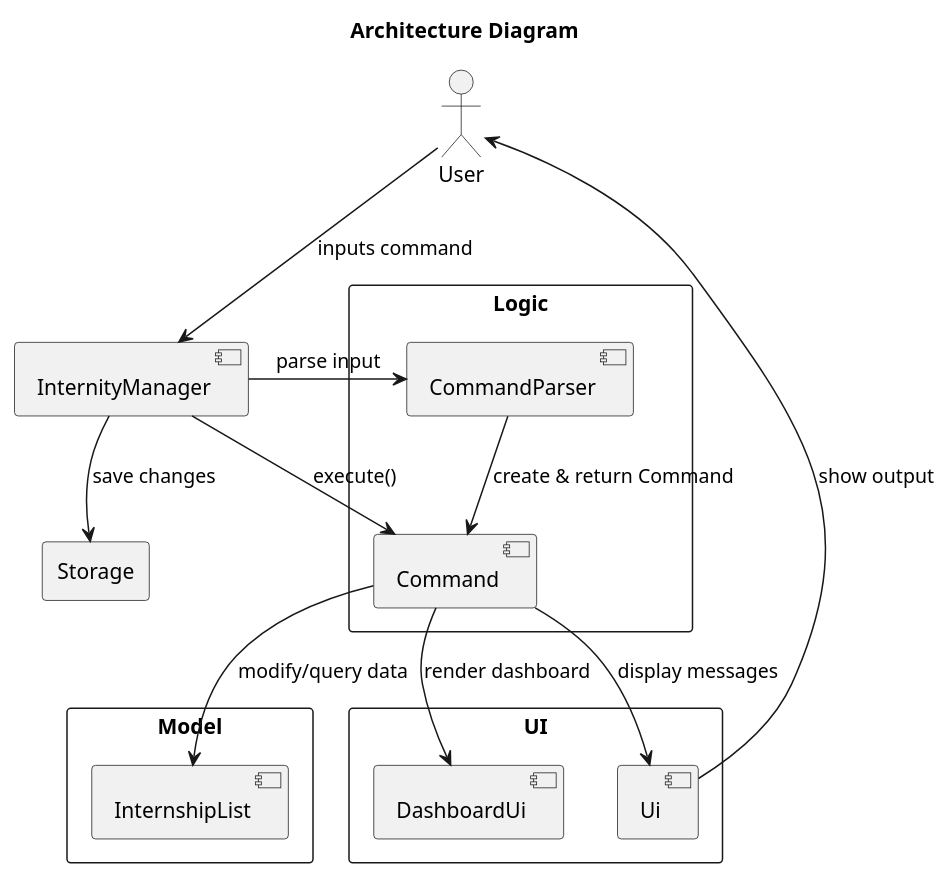
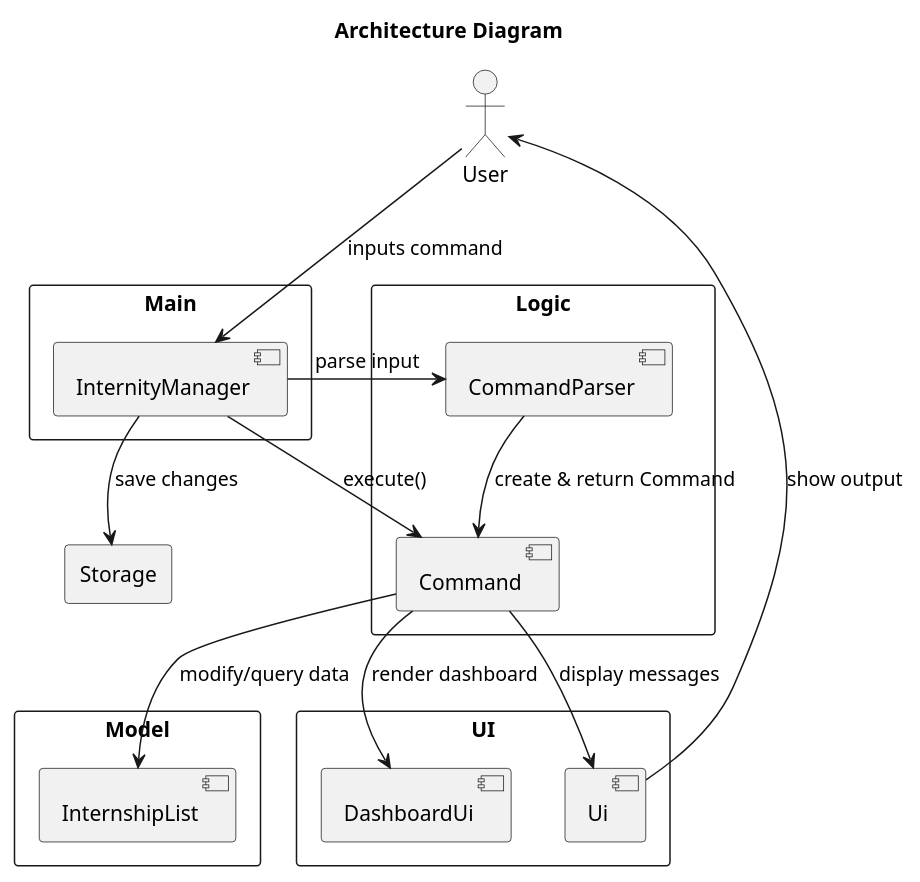
One commit to BenyAlbatross/tp changed the diagram in docs/diagrams/ArchitectureOverview.puml. Above: the diagram before and after it, drawn with PlantUML. The commit also changed 3 other files, not shown here.

Commit message:
Edit UML diagrams

```diff
--- a/docs/diagrams/ArchitectureOverview.puml
+++ b/docs/diagrams/ArchitectureOverview.puml
@@ -1,36 +1,40 @@
 @startuml
 title Architecture Diagram
 
 actor User
+
+rectangle "Main" {
+    [InternityManager]
+}
 
 rectangle "Logic" {
     [CommandParser]
     [Command]
 }
 
 rectangle "Model" {
     [InternshipList]
 
 }
 
 rectangle "Storage" {
 
 }
 
 rectangle "UI" {
     [Ui]
     [DashboardUi]
 }
 
 User --> [InternityManager] : inputs command
 [InternityManager] --> [CommandParser] : parse input
 [CommandParser] --> [Command] : create & return Command
 [InternityManager] --> [Command] : execute()
 
 [Command] --> [InternshipList] : modify/query data
 [InternityManager] --> [Storage] : save changes
 [Command] --> [Ui] : display messages
 [Command] --> [DashboardUi] : render dashboard
 [Ui] --> User : show output
 
 @enduml
```
